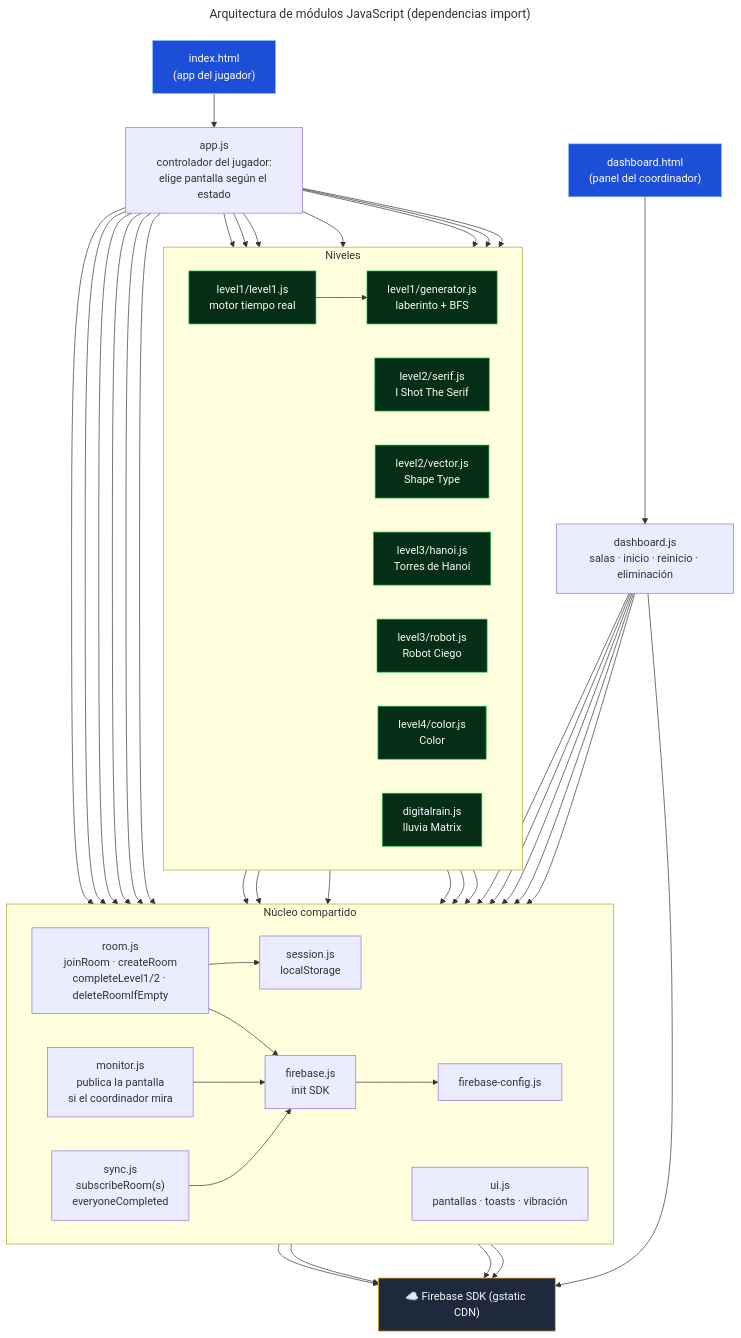
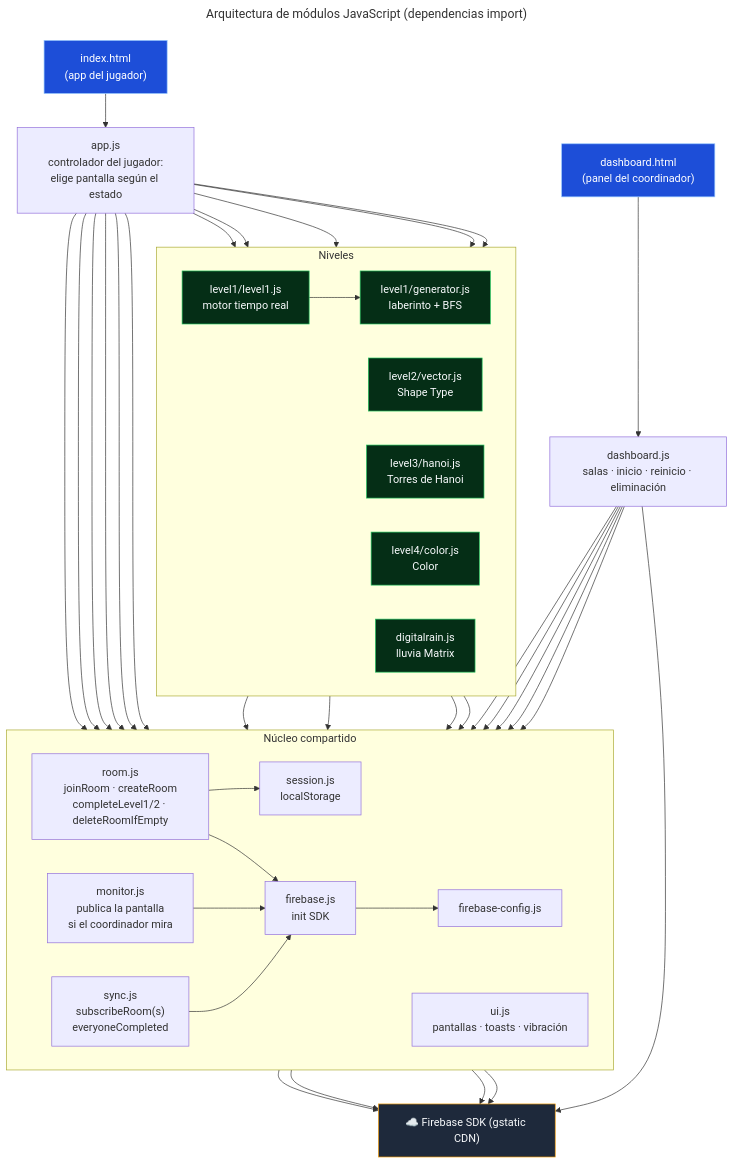
The diagram in docs/diagramas/fuentes/02-arquitectura-modulos.mmd (morphine75/escape_room), drawn with Mermaid before and after one commit. The commit also changed 33 other files, not shown here.

First line of the commit message:
One game per level (remove Serif and Robot Ciego); static Level 1 maze

```diff
--- a/docs/diagramas/fuentes/02-arquitectura-modulos.mmd
+++ b/docs/diagramas/fuentes/02-arquitectura-modulos.mmd
@@ -1,56 +1,52 @@
 ---
 title: Arquitectura de módulos JavaScript (dependencias import)
 ---
 flowchart TB
   IDX["index.html<br/>(app del jugador)"] --> APP
   DASHH["dashboard.html<br/>(panel del coordinador)"] --> DASH
 
   APP["app.js<br/>controlador del jugador:<br/>elige pantalla según el estado"]
   DASH["dashboard.js<br/>salas · inicio · reinicio · eliminación"]
 
   subgraph Core["Núcleo compartido"]
     direction LR
     ROOM["room.js<br/>joinRoom · createRoom<br/>completeLevel1/2 · deleteRoomIfEmpty"]
     SYNC["sync.js<br/>subscribeRoom(s)<br/>everyoneCompleted"]
     SES["session.js<br/>localStorage"]
     MON["monitor.js<br/>publica la pantalla<br/>si el coordinador mira"]
     UI["ui.js<br/>pantallas · toasts · vibración"]
     FBJS["firebase.js<br/>init SDK"]
     CFG["firebase-config.js"]
   end
 
   subgraph Niveles["Niveles"]
     direction LR
     L1["level1/level1.js<br/>motor tiempo real"]
     GEN["level1/generator.js<br/>laberinto + BFS"]
-    SER["level2/serif.js<br/>I Shot The Serif"]
     VEC["level2/vector.js<br/>Shape Type"]
     HAN["level3/hanoi.js<br/>Torres de Hanoi"]
-    ROB["level3/robot.js<br/>Robot Ciego"]
     COL["level4/color.js<br/>Color"]
     RAIN["digitalrain.js<br/>lluvia Matrix"]
   end
 
   SDK["☁️ Firebase SDK (gstatic CDN)"]
 
   APP --> ROOM & SYNC & SES & UI & FBJS & MON
   MON --> FBJS & SDK
-  APP --> L1 & SER & VEC & HAN & ROB & COL & RAIN
+  APP --> L1 & VEC & HAN & COL & RAIN
   DASH --> ROOM & SYNC & SES & UI & FBJS
   L1 --> GEN & UI
-  SER --> UI
   VEC --> UI
   HAN --> UI
-  ROB --> UI
   COL --> UI
   ROOM --> FBJS & SES
   SYNC --> FBJS
   ROOM & SYNC & DASH --> SDK
   FBJS --> CFG & SDK
 
   classDef entry fill:#1d4ed8,stroke:#93c5fd,color:#fff
   classDef lvl fill:#052e16,stroke:#22c55e,color:#f8fafc
   classDef ext fill:#1e293b,stroke:#f59e0b,color:#f8fafc
   class IDX,DASHH entry
-  class L1,GEN,SER,VEC,HAN,ROB,COL,RAIN lvl
+  class L1,GEN,VEC,HAN,COL,RAIN lvl
   class SDK ext
```
